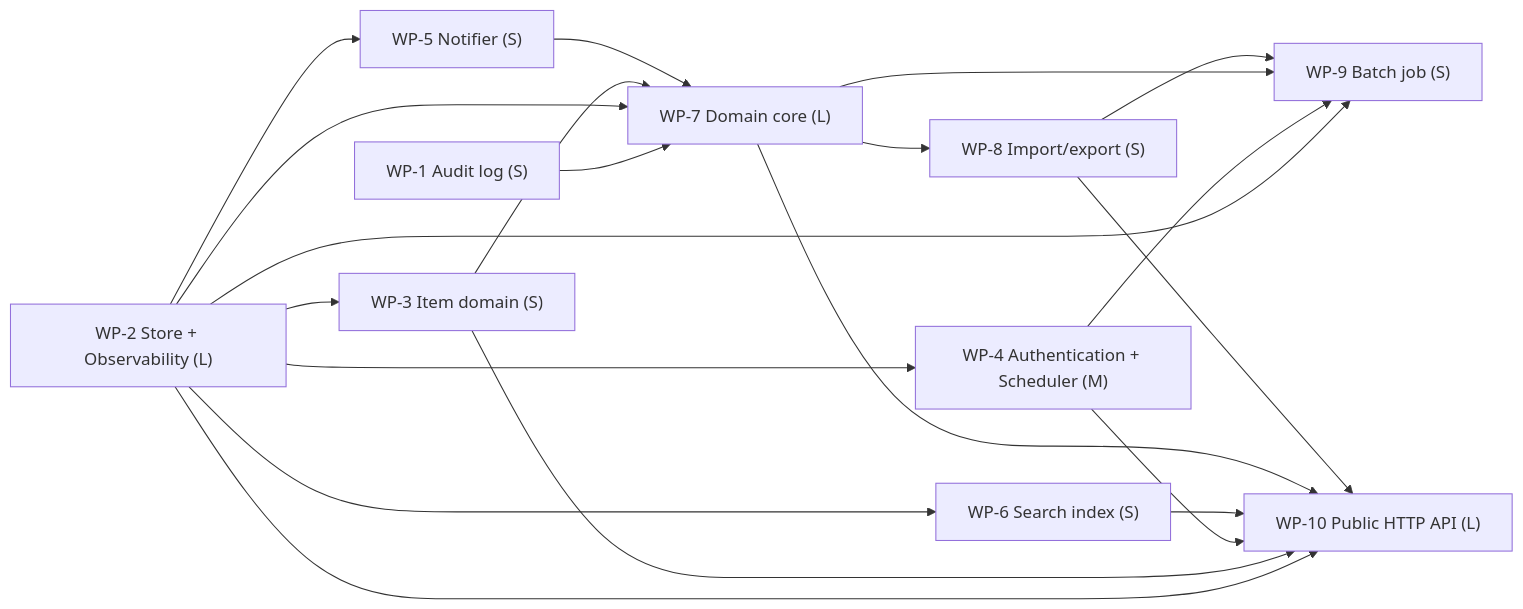
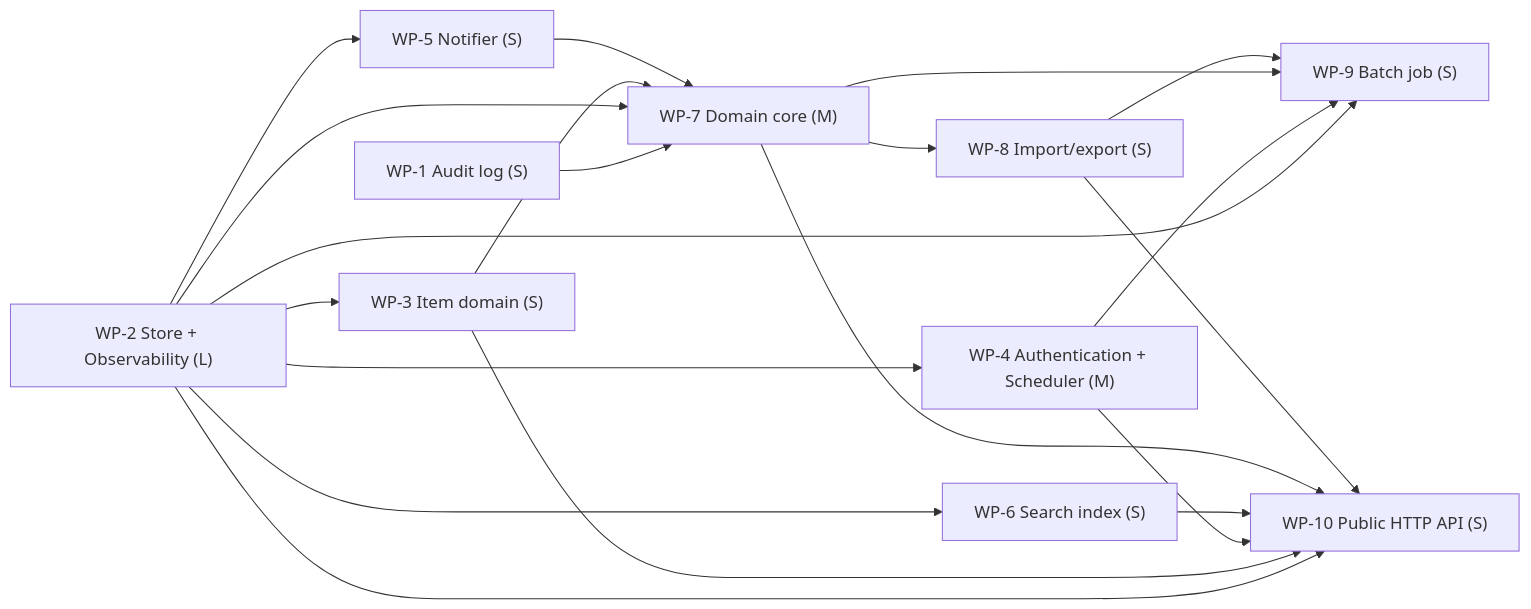
One commit to yui9696/sekkei changed the fourth of 4 diagrams in examples/ja/zaiko.DESIGN.md. Above: the diagram before and after it, drawn with Mermaid. The commit also changed other lines of this file and 42 other files, not shown here.

````diff
--- a/examples/ja/zaiko.DESIGN.md
+++ b/examples/ja/zaiko.DESIGN.md
@@ -789,32 +785,32 @@
 ```mermaid
 graph LR
   WP_1["WP-1 Audit log (S)"]
   WP_2["WP-2 Store + Observability (L)"]
   WP_3["WP-3 Item domain (S)"]
   WP_4["WP-4 Authentication + Scheduler (M)"]
   WP_5["WP-5 Notifier (S)"]
   WP_6["WP-6 Search index (S)"]
-  WP_7["WP-7 Domain core (L)"]
+  WP_7["WP-7 Domain core (M)"]
   WP_8["WP-8 Import/export (S)"]
   WP_9["WP-9 Batch job (S)"]
-  WP_10["WP-10 Public HTTP API (L)"]
+  WP_10["WP-10 Public HTTP API (S)"]
   WP_2 --> WP_3
   WP_2 --> WP_4
   WP_2 --> WP_5
   WP_2 --> WP_6
   WP_1 --> WP_7
   WP_2 --> WP_7
   WP_3 --> WP_7
   WP_5 --> WP_7
   WP_7 --> WP_8
   WP_2 --> WP_9
   WP_4 --> WP_9
   WP_7 --> WP_9
   WP_8 --> WP_9
   WP_2 --> WP_10
   WP_3 --> WP_10
   WP_4 --> WP_10
   WP_6 --> WP_10
   WP_7 --> WP_10
   WP_8 --> WP_10
 ```
````
